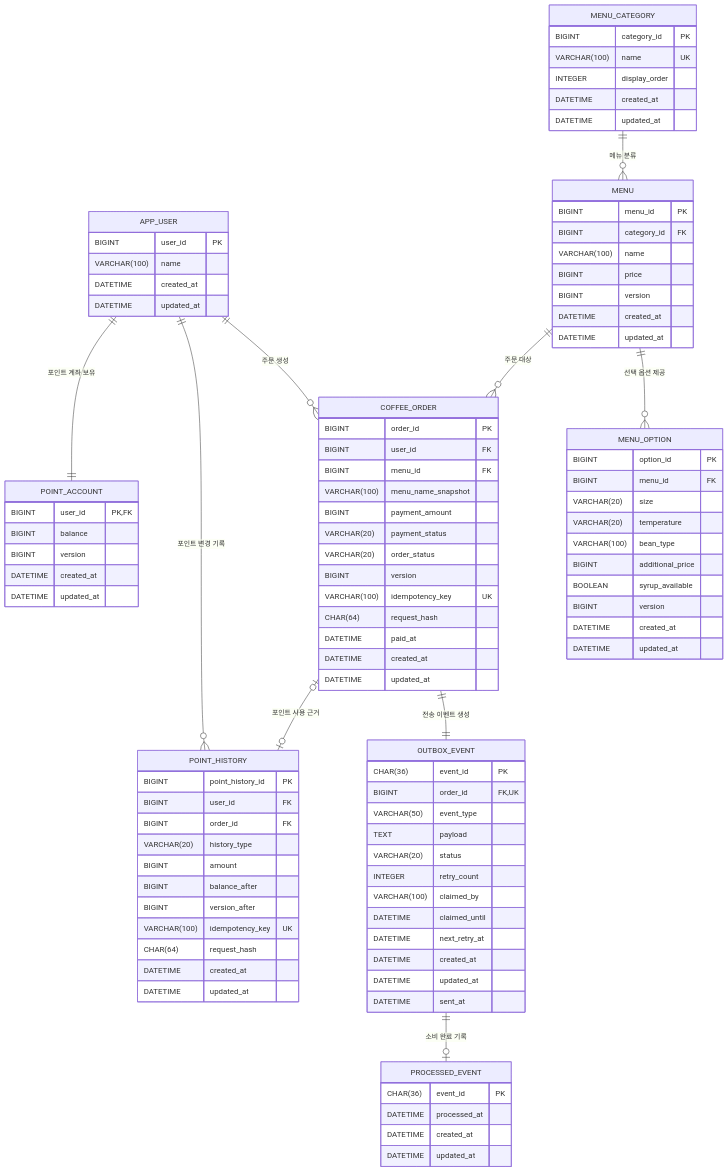
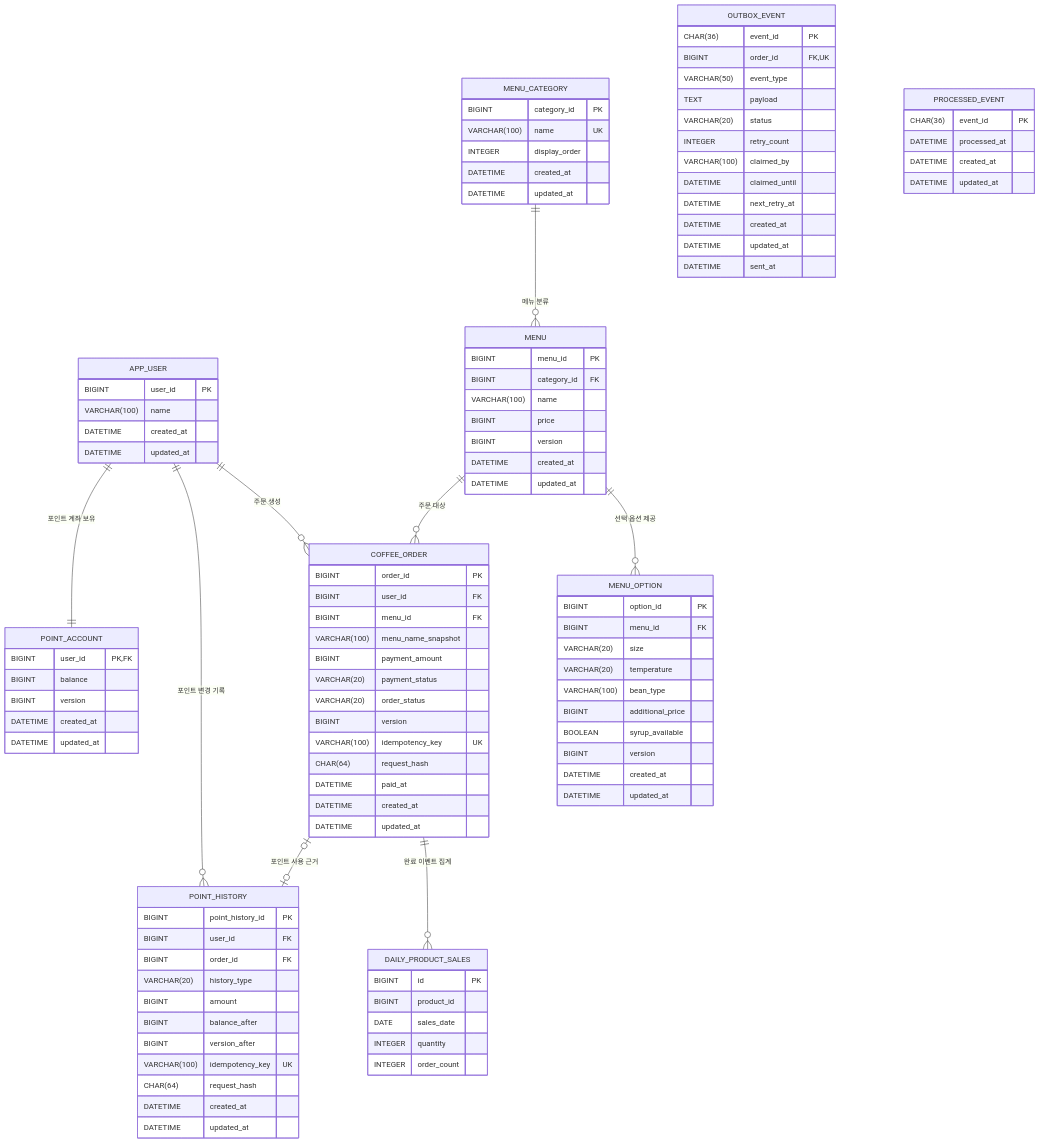
One commit to hwang67120-bit/k-server-task changed the diagram in README.md. Above: the diagram before and after it, drawn with Mermaid. The commit also changed other lines of this file and 10 other files, not shown here.

```diff
--- a/README.md
+++ b/README.md
@@ -376,8 +379,7 @@
     MENU ||--o{ COFFEE_ORDER : "주문 대상"
     MENU ||--o{ MENU_OPTION : "선택 옵션 제공"
     COFFEE_ORDER o|--o| POINT_HISTORY : "포인트 사용 근거"
-    COFFEE_ORDER ||--|| OUTBOX_EVENT : "전송 이벤트 생성"
-    OUTBOX_EVENT ||--o| PROCESSED_EVENT : "소비 완료 기록"
+    COFFEE_ORDER ||--o{ DAILY_PRODUCT_SALES : "완료 이벤트 집계"
 
     APP_USER {
         BIGINT user_id PK
@@ -470,6 +472,14 @@
         DATETIME sent_at
     }
 
+    DAILY_PRODUCT_SALES {
+        BIGINT id PK
+        BIGINT product_id
+        DATE sales_date
+        INTEGER quantity
+        INTEGER order_count
+    }
+
     PROCESSED_EVENT {
         CHAR(36) event_id PK
         DATETIME processed_at
```
